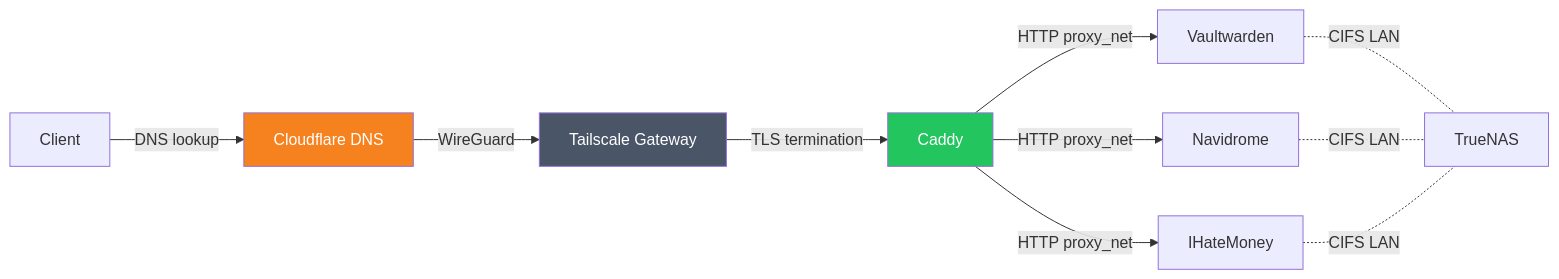
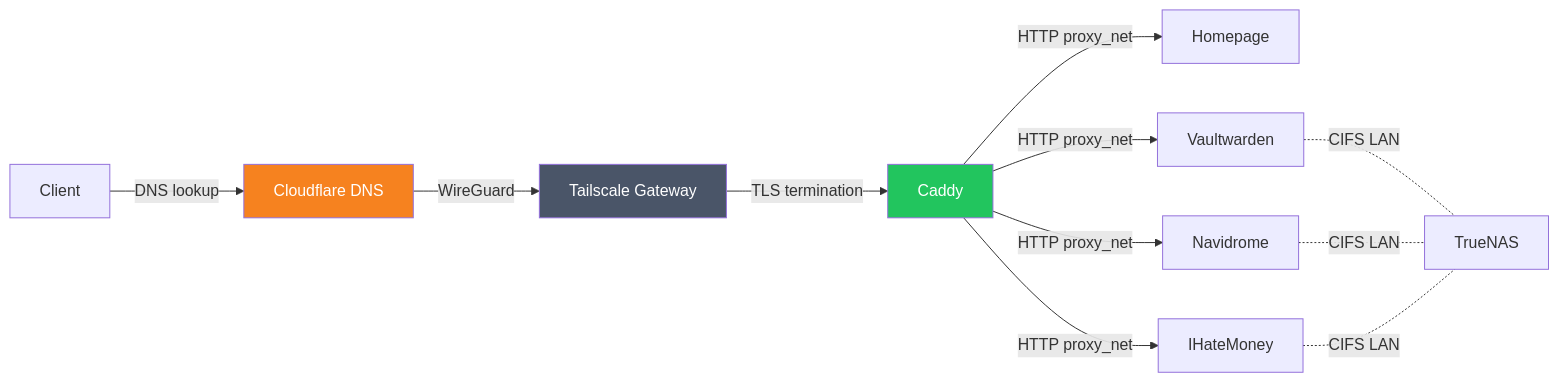
The second of 2 diagrams in README.md (masolnada/homelab), drawn with Mermaid before and after one commit. The commit also changed other lines of this file, not shown here.

````diff
--- a/README.md
+++ b/README.md
@@ -38,16 +44,17 @@
 ```mermaid
 graph LR
     Client -->|DNS lookup| CF[Cloudflare DNS]
     CF -->|WireGuard| TS[Tailscale Gateway]
     TS -->|TLS termination| Caddy
+    Caddy -->|HTTP proxy_net| Homepage
     Caddy -->|HTTP proxy_net| Vaultwarden
     Caddy -->|HTTP proxy_net| Navidrome
     Caddy -->|HTTP proxy_net| IHateMoney
     Vaultwarden -.-|CIFS LAN| NAS[TrueNAS]
     Navidrome -.-|CIFS LAN| NAS
     IHateMoney -.-|CIFS LAN| NAS
 
     style CF fill:#f6821f,color:#fff
     style TS fill:#4a5568,color:#fff
     style Caddy fill:#22c55e,color:#fff
 ```
````
